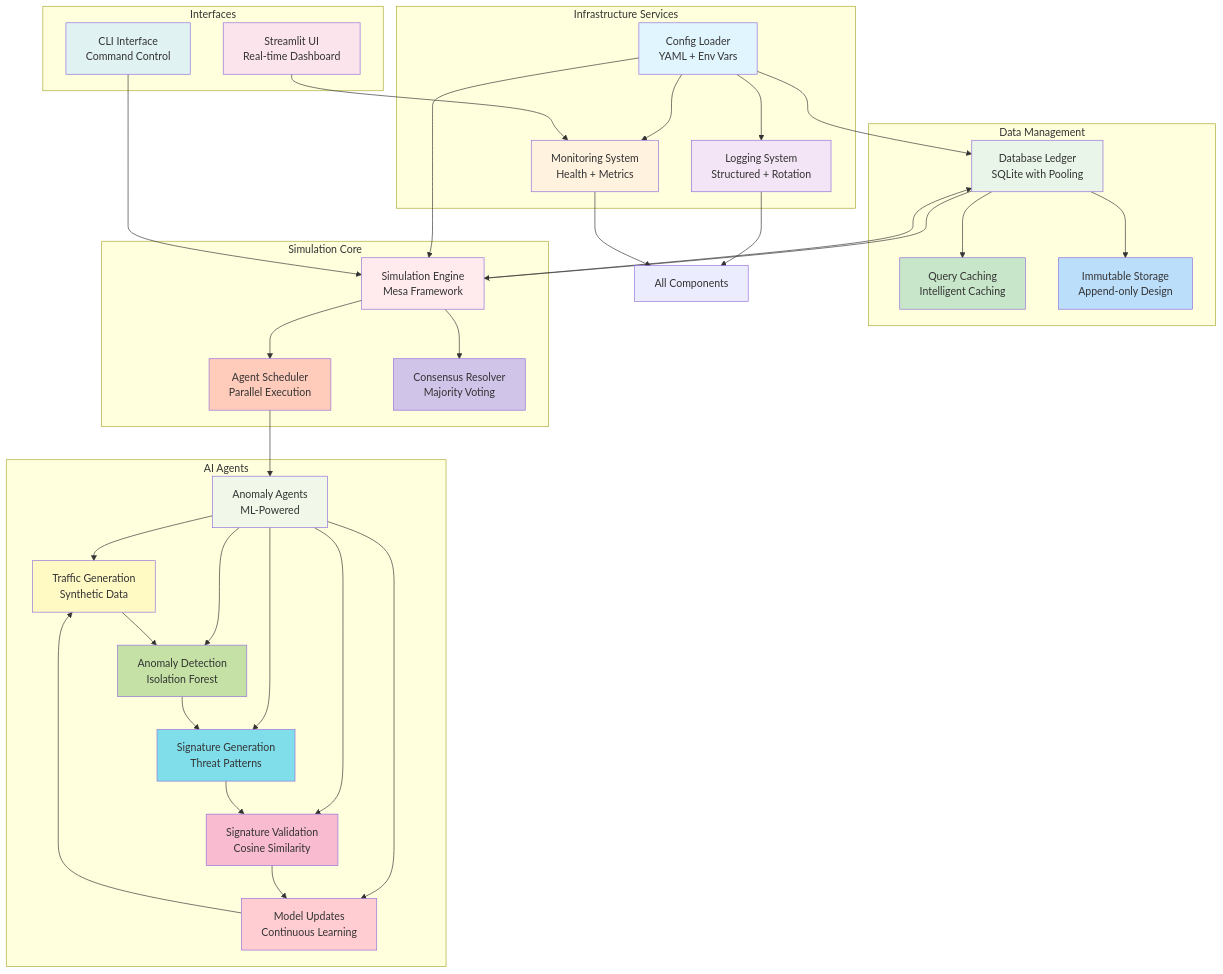
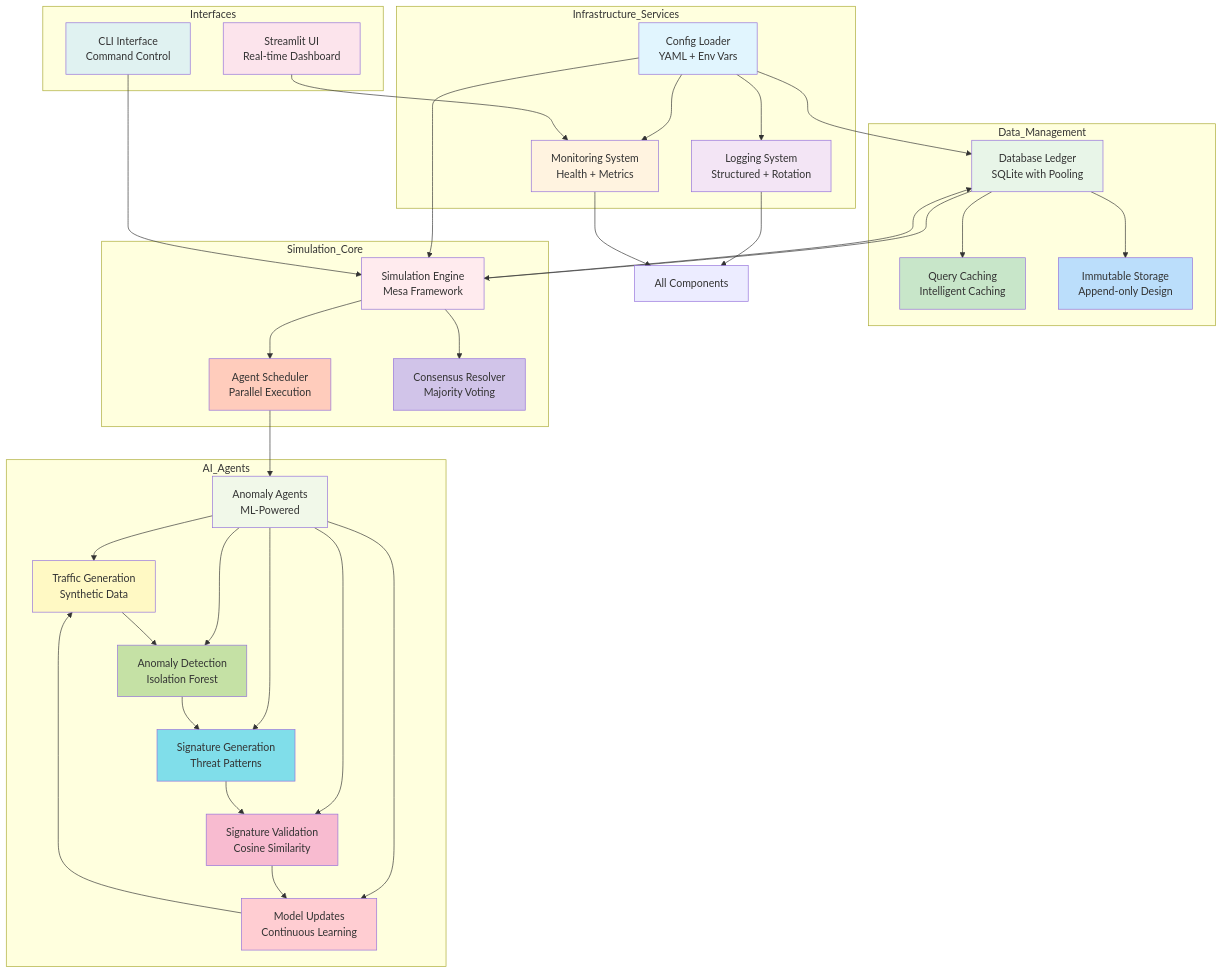
Before and after one commit to tanm-sys/build: the first of 9 diagrams in design.md, drawn with Mermaid. The commit also changed other lines of this file and 5 other files, not shown here.

Commit message:
Fix Mermaid diagram parse errors in Markdown files (resolve LINK token issues on line 29 and others)

````diff
--- a/design.md
+++ b/design.md
@@ -9,78 +9,78 @@
 ```mermaid
 graph TB
-    subgraph "Infrastructure Services"
+    subgraph "Infrastructure_Services"
         CONFIG[Config Loader<br/>YAML + Env Vars]
         LOG[Logging System<br/>Structured + Rotation]
         MON[Monitoring System<br/>Health + Metrics]
     end
 
-    subgraph "Data Management"
+    subgraph "Data_Management"
         DB[Database Ledger<br/>SQLite with Pooling]
         CACHE[Query Caching<br/>Intelligent Caching]
         LEDGER[Immutable Storage<br/>Append-only Design]
     end
 
-    subgraph "Simulation Core"
+    subgraph "Simulation_Core"
         SIM[Simulation Engine<br/>Mesa Framework]
         SCHED[Agent Scheduler<br/>Parallel Execution]
         CONS[Consensus Resolver<br/>Majority Voting]
     end
 
-    subgraph "AI Agents"
+    subgraph "AI_Agents"
         AGENT[Anomaly Agents<br/>ML-Powered]
         TRAFFIC[Traffic Generation<br/>Synthetic Data]
         DETECT[Anomaly Detection<br/>Isolation Forest]
         SIGN[Signature Generation<br/>Threat Patterns]
         VALID[Signature Validation<br/>Cosine Similarity]
         UPDATE[Model Updates<br/>Continuous Learning]
     end
 
     subgraph "Interfaces"
         CLI[CLI Interface<br/>Command Control]
         UI[Streamlit UI<br/>Real-time Dashboard]
     end
 
     CONFIG --> LOG
     CONFIG --> MON
     CONFIG --> DB
     CONFIG --> SIM
     LOG --> ALL[All Components]
     MON --> ALL
     DB --> CACHE
     DB --> LEDGER
     SIM --> SCHED
     SIM --> CONS
     SCHED --> AGENT
     AGENT --> TRAFFIC
     AGENT --> DETECT
     AGENT --> SIGN
     AGENT --> VALID
     AGENT --> UPDATE
     TRAFFIC --> DETECT
     DETECT --> SIGN
     SIGN --> VALID
     VALID --> UPDATE
     UPDATE --> TRAFFIC
     CLI --> SIM
     UI --> MON
     DB --> SIM
     SIM --> DB
 
     style CONFIG fill:#e1f5fe
     style LOG fill:#f3e5f5
     style MON fill:#fff3e0
     style DB fill:#e8f5e8
     style CACHE fill:#c8e6c9
     style LEDGER fill:#bbdefb
     style SIM fill:#ffebee
     style SCHED fill:#ffccbc
     style CONS fill:#d1c4e9
     style AGENT fill:#f1f8e9
     style TRAFFIC fill:#fff9c4
     style DETECT fill:#c5e1a5
     style SIGN fill:#80deea
     style VALID fill:#f8bbd0
     style UPDATE fill:#ffcdd2
     style CLI fill:#e0f2f1
     style UI fill:#fce4ec
 ```
````
